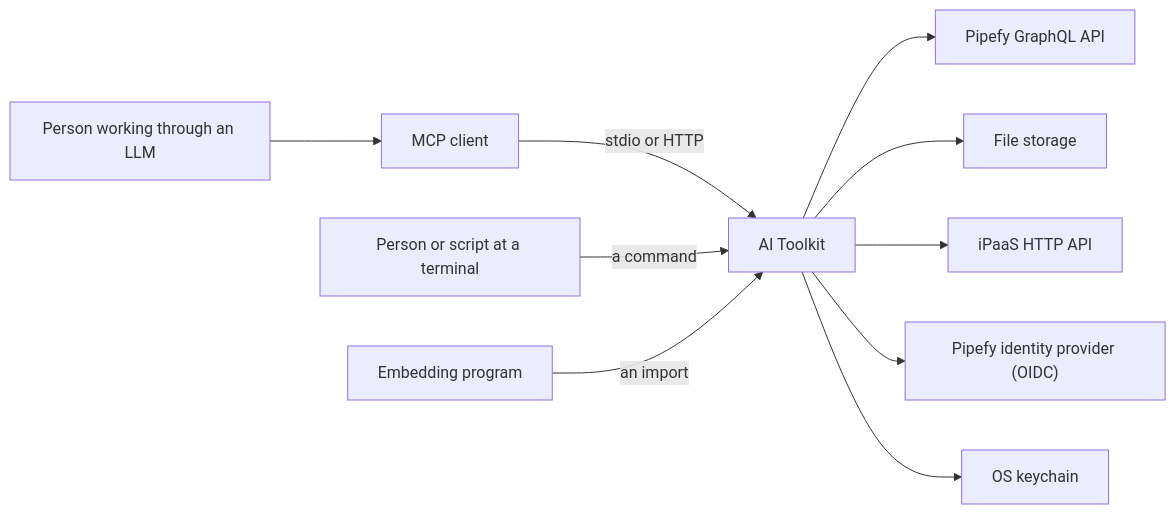
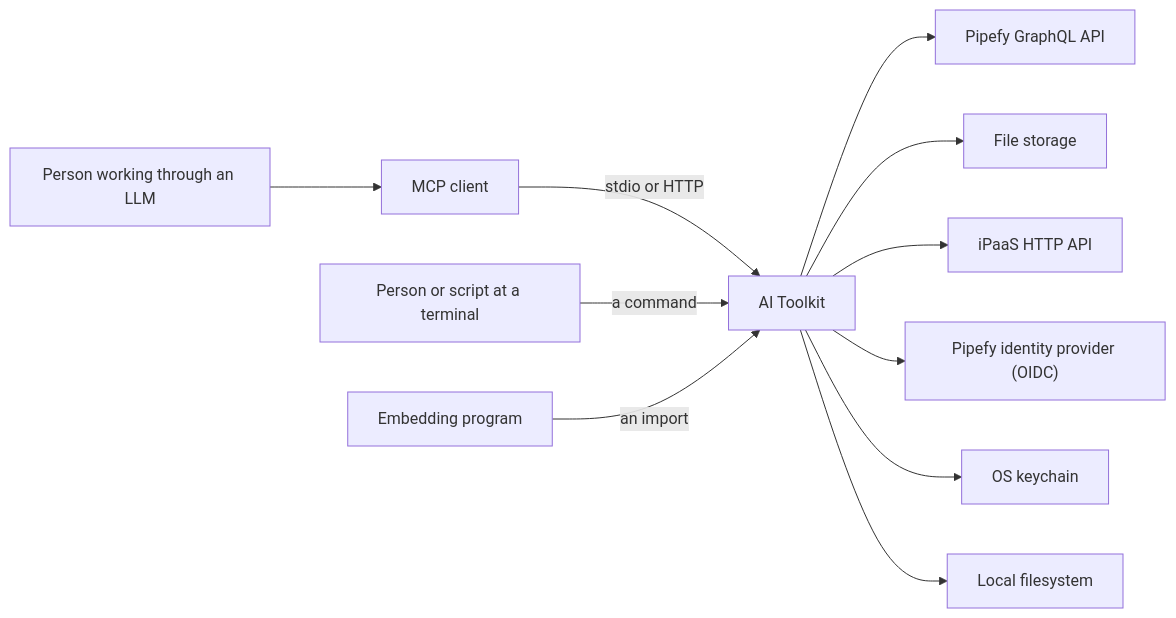
The first of 2 diagrams in docs/contributing/architecture.md (gbrlcustodio/pipefy-mcp-server), drawn with Mermaid before and after one commit. The commit also changed other lines of this file, not shown here.

````diff
--- a/docs/contributing/architecture.md
+++ b/docs/contributing/architecture.md
@@ -107,15 +107,16 @@
 ```mermaid
 flowchart LR
     toolkit["AI Toolkit"]
 
     person["Person working through an LLM"] --> client
     client["MCP client"] -- "stdio or HTTP" --> toolkit
     shell["Person or script at a terminal"] -- "a command" --> toolkit
     program["Embedding program"] -- "an import" --> toolkit
 
     toolkit --> graphql["Pipefy GraphQL API"]
     toolkit --> storage["File storage"]
     toolkit --> ipaas["iPaaS HTTP API"]
     toolkit --> idp["Pipefy identity provider (OIDC)"]
     toolkit --> keychain["OS keychain"]
+    toolkit --> files["Local filesystem"]
 ```
````
